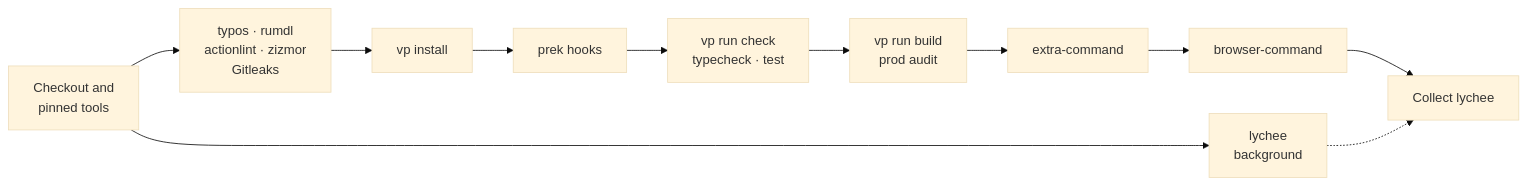
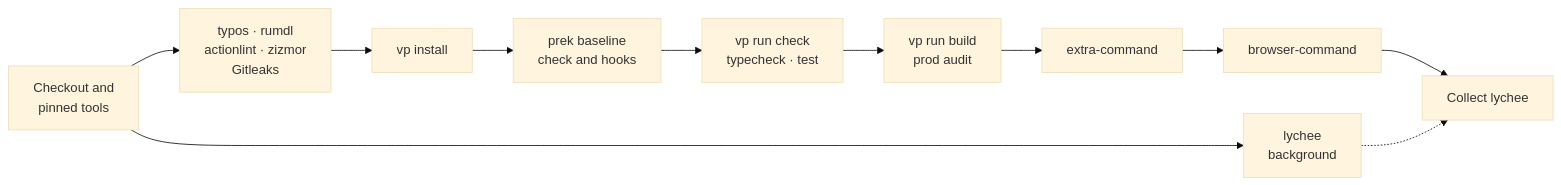
The diagram in README.md (IndrajeetPatil/workflows), drawn with Mermaid (base theme) before and after one commit. The commit also changed other lines of this file and 1 other file, not shown here.

First line of the commit message:
feat(frontend-qa): enforce a baseline set of prek hooks

````diff
--- a/README.md
+++ b/README.md
@@ -151,13 +151,13 @@
 ```mermaid
 flowchart LR
   A[Checkout and<br/>pinned tools] --> L[lychee<br/>background]
   A --> B[typos · rumdl<br/>actionlint · zizmor<br/>Gitleaks]
   B --> C[vp install]
-  C --> D[prek hooks]
+  C --> D[prek baseline<br/>check and hooks]
   D --> E[vp run check<br/>typecheck · test]
   E --> F[vp run build<br/>prod audit]
   F --> G[extra-command]
   G --> H[browser-command]
   H --> I[Collect lychee]
   L -.-> I
 ```
````
